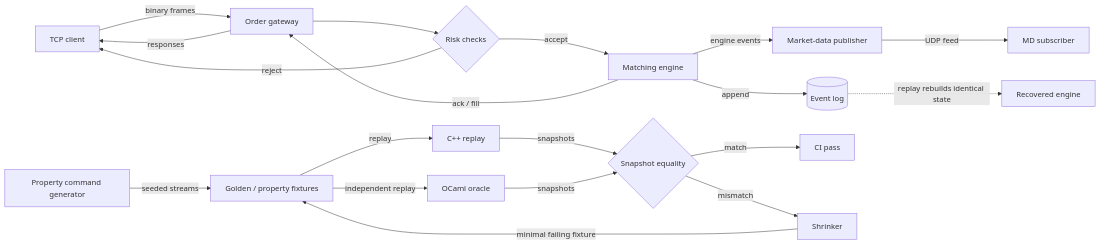
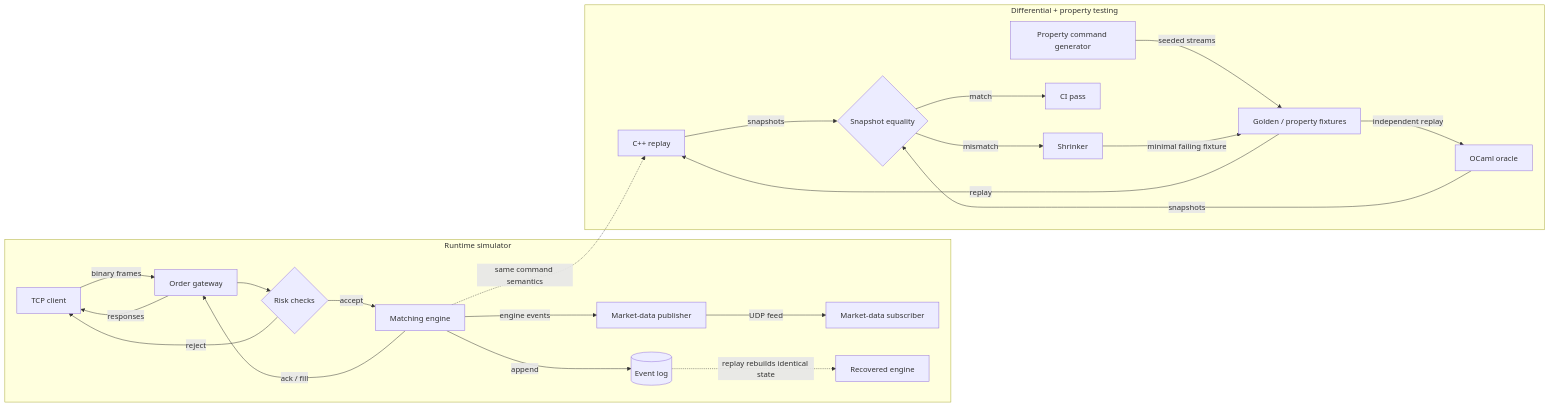
One commit to div0rce/quant-systems-lab changed the diagram in docs/architecture.md. Above: the diagram before and after it, drawn with Mermaid. The commit also changed other lines of this file and 15 other files, not shown here.

First line of the commit message:
docs: refresh repository documentation for current architecture (#78)

````diff
--- a/docs/architecture.md
+++ b/docs/architecture.md
@@ -9,26 +9,26 @@
 ```mermaid
 flowchart LR
-    client[TCP client] -->|binary frames| gw[Order gateway]
-    gw --> risk{Risk checks}
-    risk -->|reject| client
-    risk -->|accept| eng[Matching engine]
-
-    eng -->|ack / fill| gw
-    gw -->|responses| client
-
-    eng -->|engine events| pub[Market-data publisher]
-    pub -->|UDP feed| sub[MD subscriber]
-
-    eng -->|append| log[(Event log)]
-    log -.->|replay rebuilds identical state| rec[Recovered engine]
-
-    gen[Property command generator] -->|seeded streams| fix[Golden / property fixtures]
-    fix -->|replay| cpp[C++ replay]
-    fix -->|independent replay| ocaml[OCaml oracle]
-    cpp -->|snapshots| diff{Snapshot equality}
-    ocaml -->|snapshots| diff
-
-    diff -->|match| ci[CI pass]
-    diff -->|mismatch| shrink[Shrinker]
-    shrink -->|minimal failing fixture| fix
+    subgraph Runtime["Runtime simulator"]
+        client[TCP client] -->|binary frames| gw[Order gateway]
+        gw --> risk{Risk checks}
+        risk -->|reject| client
+        risk -->|accept| eng[Matching engine]
+        eng -->|ack / fill| gw
+        gw -->|responses| client
+        eng -->|engine events| pub[Market-data publisher]
+        pub -->|UDP feed| sub[Market-data subscriber]
+        eng -->|append| log[(Event log)]
+        log -.->|replay rebuilds identical state| rec[Recovered engine]
+    end
+    subgraph Verification["Differential + property testing"]
+        gen[Property command generator] -->|seeded streams| fix[Golden / property fixtures]
+        fix -->|replay| cpp[C++ replay]
+        fix -->|independent replay| ocaml[OCaml oracle]
+        cpp -->|snapshots| diff{Snapshot equality}
+        ocaml -->|snapshots| diff
+        diff -->|match| ci[CI pass]
+        diff -->|mismatch| shrink[Shrinker]
+        shrink -->|minimal failing fixture| fix
+    end
+    eng -.->|same command semantics| cpp
 ```
````
